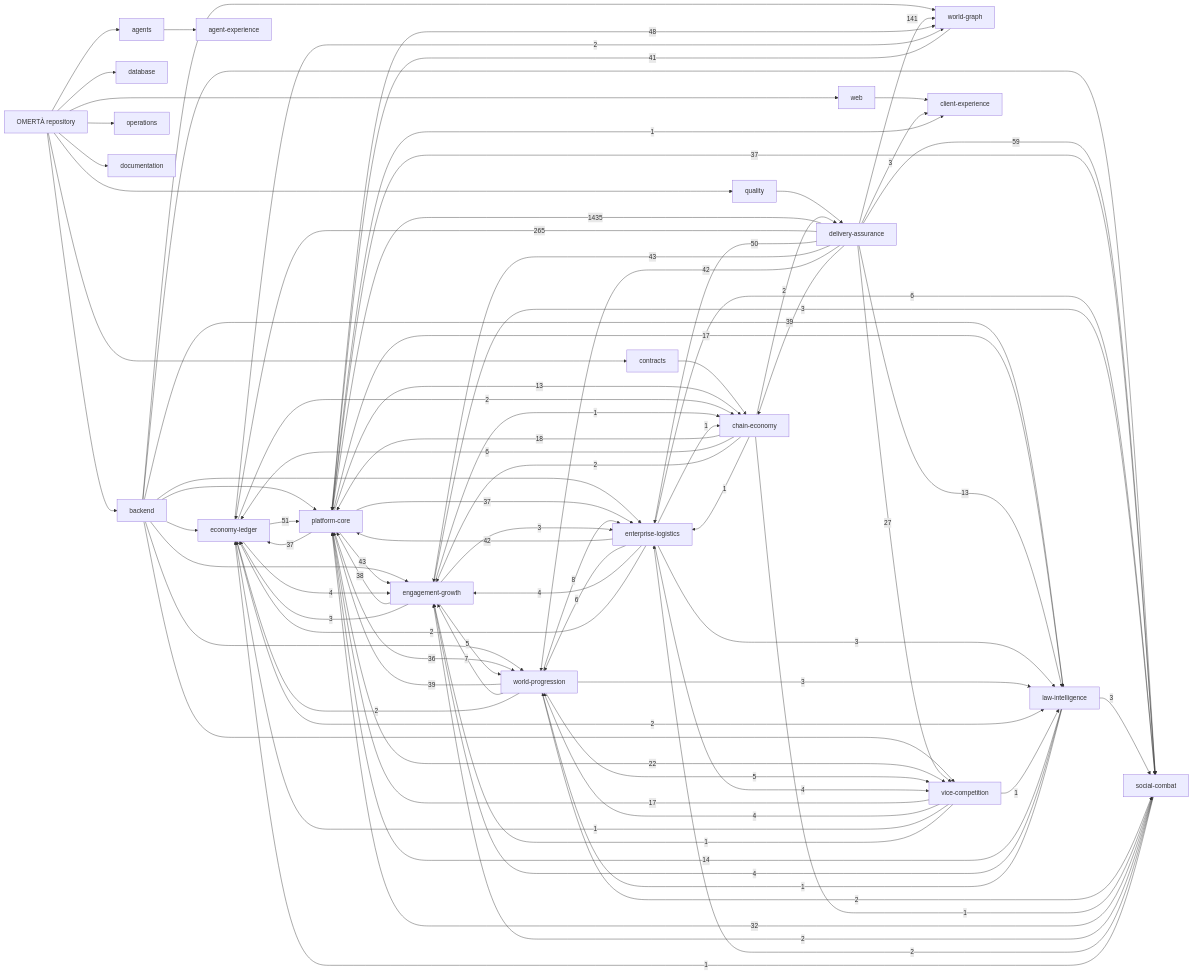
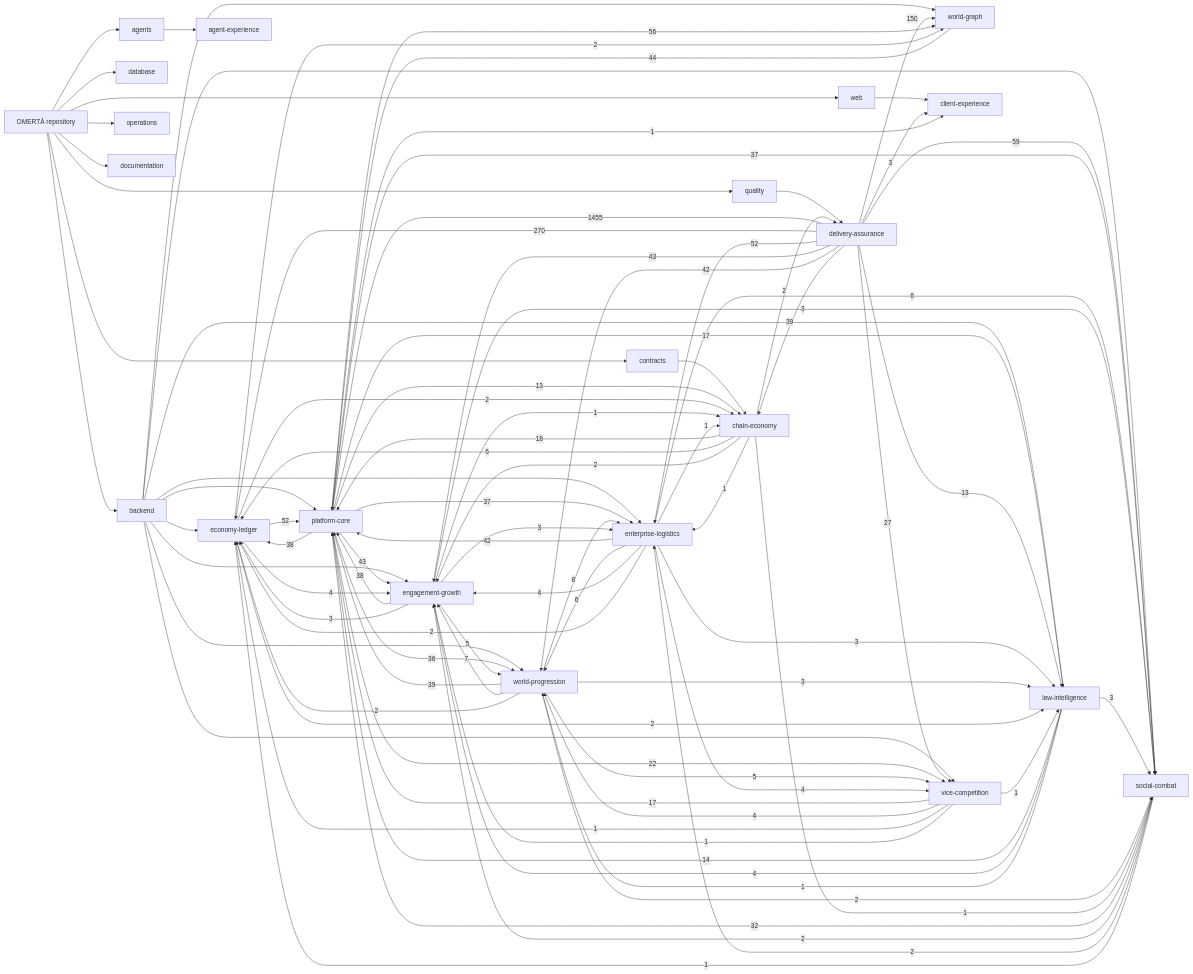
The diagram in knowledge/generated/graph.mmd (OmertaDev/Omerta), drawn with Mermaid before and after one commit. The commit also changed 8 other files, not shown here.

```diff
--- a/knowledge/generated/graph.mmd
+++ b/knowledge/generated/graph.mmd
@@ -1,111 +1,111 @@
 flowchart LR
   repo["OMERTÀ repository"]
   sub_backend["backend"]
   repo --> sub_backend
   sub_database["database"]
   repo --> sub_database
   sub_web["web"]
   repo --> sub_web
   sub_contracts["contracts"]
   repo --> sub_contracts
   sub_agents["agents"]
   repo --> sub_agents
   sub_quality["quality"]
   repo --> sub_quality
   sub_operations["operations"]
   repo --> sub_operations
   sub_documentation["documentation"]
   repo --> sub_documentation
   dom_platform-core["platform-core"]
   dom_economy-ledger["economy-ledger"]
   dom_social-combat["social-combat"]
   dom_world-progression["world-progression"]
   dom_world-graph["world-graph"]
   dom_enterprise-logistics["enterprise-logistics"]
   dom_vice-competition["vice-competition"]
   dom_law-intelligence["law-intelligence"]
   dom_chain-economy["chain-economy"]
   dom_engagement-growth["engagement-growth"]
   dom_client-experience["client-experience"]
   dom_agent-experience["agent-experience"]
   dom_delivery-assurance["delivery-assurance"]
   sub_agents --> dom_agent-experience
   sub_backend --> dom_economy-ledger
   sub_backend --> dom_engagement-growth
   sub_backend --> dom_enterprise-logistics
   sub_backend --> dom_law-intelligence
   sub_backend --> dom_platform-core
   sub_backend --> dom_social-combat
   sub_backend --> dom_vice-competition
   sub_backend --> dom_world-graph
   sub_backend --> dom_world-progression
   sub_contracts --> dom_chain-economy
   sub_quality --> dom_delivery-assurance
   sub_web --> dom_client-experience
-  dom_delivery-assurance -->|1435| dom_platform-core
-  dom_delivery-assurance -->|265| dom_economy-ledger
-  dom_delivery-assurance -->|141| dom_world-graph
+  dom_delivery-assurance -->|1455| dom_platform-core
+  dom_delivery-assurance -->|270| dom_economy-ledger
+  dom_delivery-assurance -->|150| dom_world-graph
   dom_delivery-assurance -->|59| dom_social-combat
-  dom_economy-ledger -->|51| dom_platform-core
-  dom_delivery-assurance -->|50| dom_enterprise-logistics
-  dom_platform-core -->|48| dom_world-graph
+  dom_platform-core -->|56| dom_world-graph
+  dom_delivery-assurance -->|52| dom_enterprise-logistics
+  dom_economy-ledger -->|52| dom_platform-core
+  dom_world-graph -->|44| dom_platform-core
   dom_delivery-assurance -->|43| dom_engagement-growth
   dom_platform-core -->|43| dom_engagement-growth
   dom_delivery-assurance -->|42| dom_world-progression
   dom_enterprise-logistics -->|42| dom_platform-core
-  dom_world-graph -->|41| dom_platform-core
   dom_delivery-assurance -->|39| dom_chain-economy
   dom_world-progression -->|39| dom_platform-core
   dom_engagement-growth -->|38| dom_platform-core
-  dom_platform-core -->|37| dom_economy-ledger
+  dom_platform-core -->|38| dom_economy-ledger
   dom_platform-core -->|37| dom_enterprise-logistics
   dom_platform-core -->|37| dom_social-combat
   dom_platform-core -->|36| dom_world-progression
   dom_social-combat -->|32| dom_platform-core
   dom_delivery-assurance -->|27| dom_vice-competition
   dom_platform-core -->|22| dom_vice-competition
   dom_chain-economy -->|18| dom_platform-core
   dom_platform-core -->|17| dom_law-intelligence
   dom_vice-competition -->|17| dom_platform-core
   dom_law-intelligence -->|14| dom_platform-core
   dom_delivery-assurance -->|13| dom_law-intelligence
   dom_platform-core -->|13| dom_chain-economy
   dom_world-progression -->|8| dom_enterprise-logistics
   dom_world-progression -->|7| dom_engagement-growth
   dom_chain-economy -->|6| dom_economy-ledger
   dom_enterprise-logistics -->|6| dom_social-combat
   dom_enterprise-logistics -->|6| dom_world-progression
   dom_engagement-growth -->|5| dom_world-progression
   dom_world-progression -->|5| dom_vice-competition
   dom_economy-ledger -->|4| dom_engagement-growth
   dom_enterprise-logistics -->|4| dom_engagement-growth
   dom_enterprise-logistics -->|4| dom_vice-competition
   dom_law-intelligence -->|4| dom_engagement-growth
   dom_vice-competition -->|4| dom_world-progression
   dom_delivery-assurance -->|3| dom_client-experience
   dom_engagement-growth -->|3| dom_economy-ledger
   dom_engagement-growth -->|3| dom_enterprise-logistics
   dom_engagement-growth -->|3| dom_social-combat
   dom_enterprise-logistics -->|3| dom_law-intelligence
   dom_law-intelligence -->|3| dom_social-combat
   dom_world-progression -->|3| dom_law-intelligence
   dom_chain-economy -->|2| dom_delivery-assurance
   dom_chain-economy -->|2| dom_engagement-growth
   dom_economy-ledger -->|2| dom_chain-economy
   dom_economy-ledger -->|2| dom_law-intelligence
   dom_economy-ledger -->|2| dom_world-graph
   dom_enterprise-logistics -->|2| dom_economy-ledger
   dom_social-combat -->|2| dom_engagement-growth
   dom_social-combat -->|2| dom_enterprise-logistics
   dom_world-progression -->|2| dom_economy-ledger
   dom_world-progression -->|2| dom_social-combat
   dom_chain-economy -->|1| dom_enterprise-logistics
   dom_chain-economy -->|1| dom_social-combat
   dom_engagement-growth -->|1| dom_chain-economy
   dom_enterprise-logistics -->|1| dom_chain-economy
   dom_law-intelligence -->|1| dom_world-progression
   dom_platform-core -->|1| dom_client-experience
   dom_social-combat -->|1| dom_economy-ledger
   dom_vice-competition -->|1| dom_economy-ledger
   dom_vice-competition -->|1| dom_engagement-growth
   dom_vice-competition -->|1| dom_law-intelligence
```
